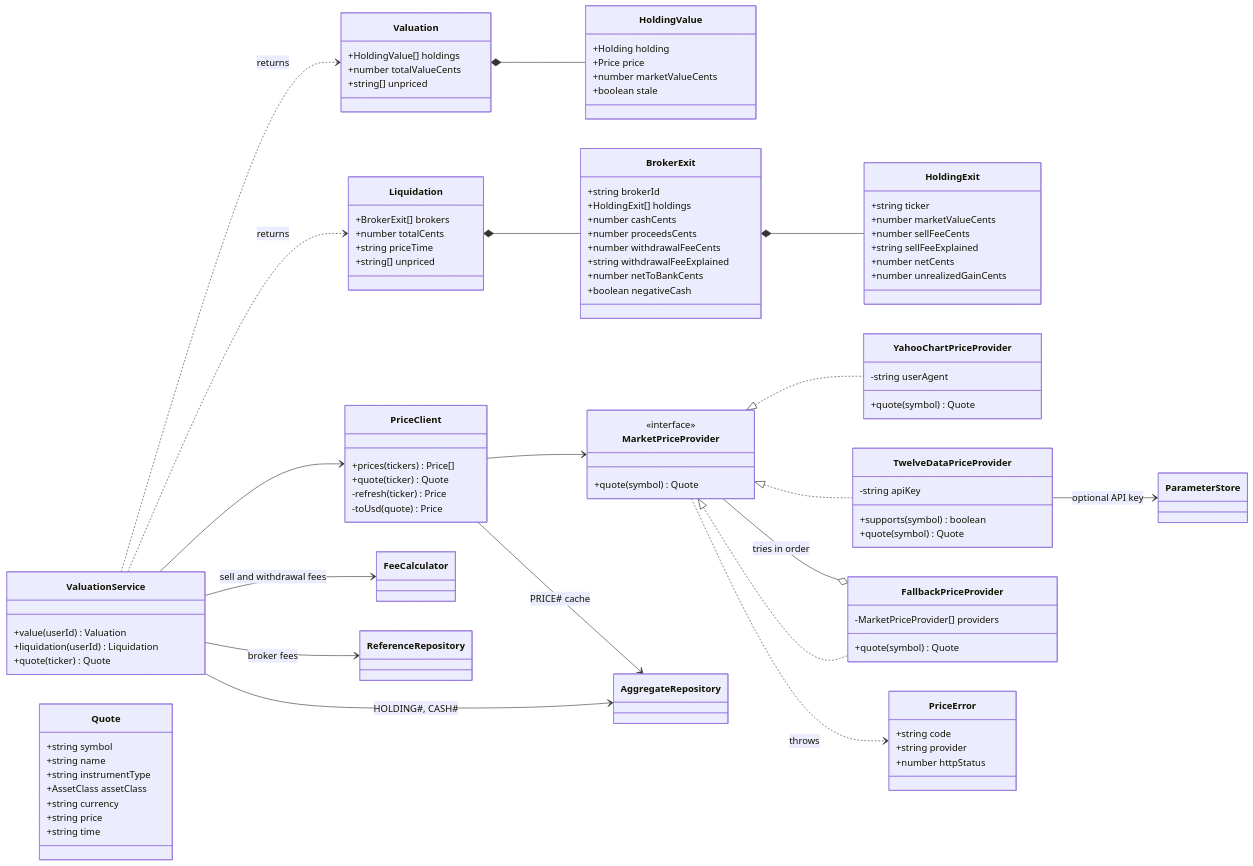
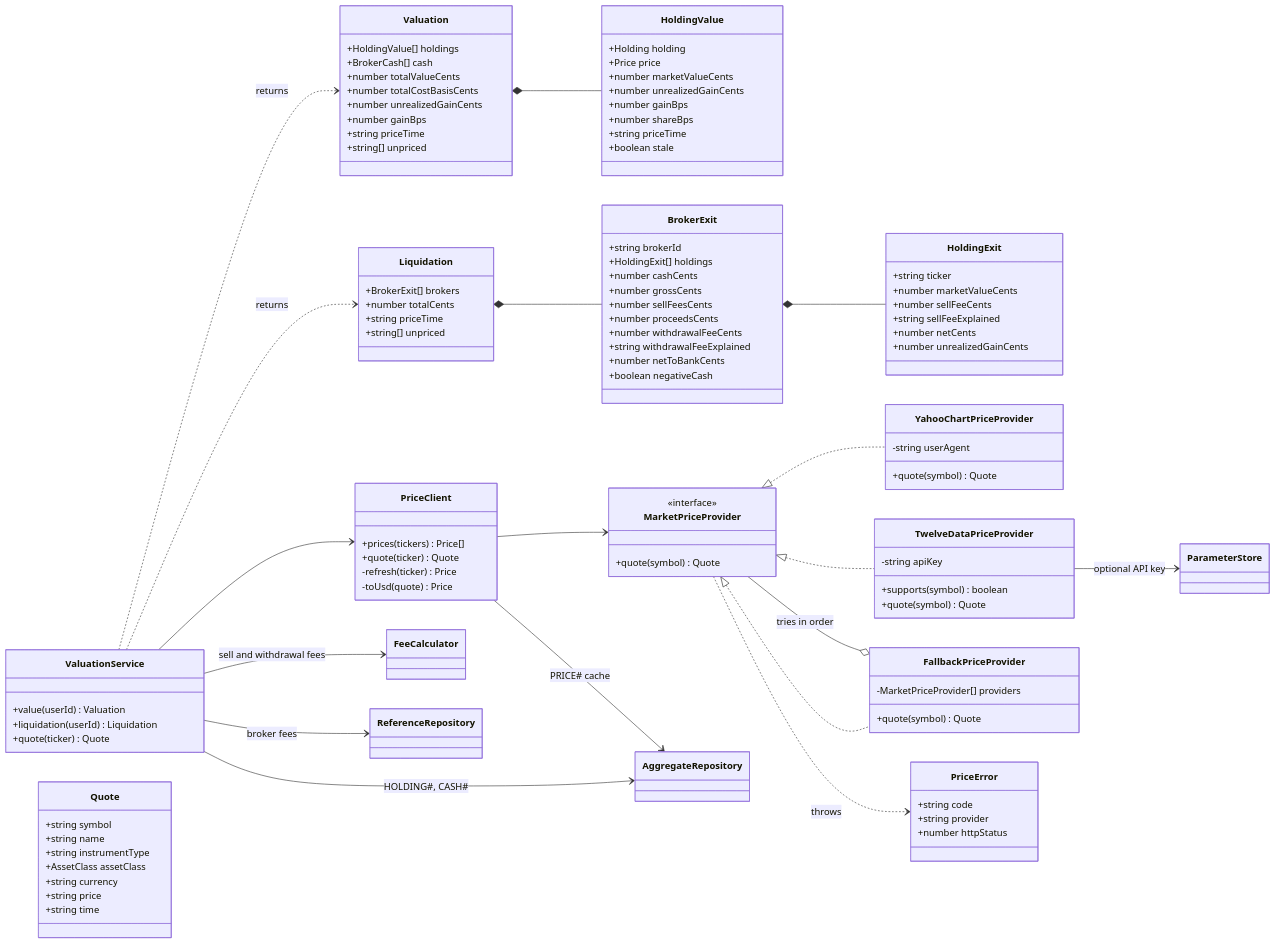
Diagram 25 of 26 in docs/diagrams/class-diagram.md (Ezequiel294/cs3365-finance-app), drawn with Mermaid before and after one commit. The commit also changed other lines of this file and 18 other files, not shown here.

Commit message:
attempt 3 design/architecture changes

```diff
--- a/docs/diagrams/class-diagram.md
+++ b/docs/diagrams/class-diagram.md
@@ -1655,13 +2658,22 @@
     }
     class Valuation {
         +HoldingValue[] holdings
+        +BrokerCash[] cash
         +number totalValueCents
+        +number totalCostBasisCents
+        +number unrealizedGainCents
+        +number gainBps
+        +string priceTime
         +string[] unpriced
     }
     class HoldingValue {
         +Holding holding
         +Price price
         +number marketValueCents
+        +number unrealizedGainCents
+        +number gainBps
+        +number shareBps
+        +string priceTime
         +boolean stale
     }
     class Liquidation {
@@ -1674,6 +2686,8 @@
         +string brokerId
         +HoldingExit[] holdings
         +number cashCents
+        +number grossCents
+        +number sellFeesCents
         +number proceedsCents
         +number withdrawalFeeCents
         +string withdrawalFeeExplained
```
